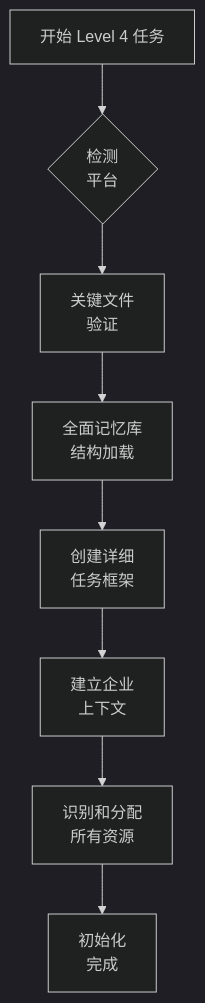
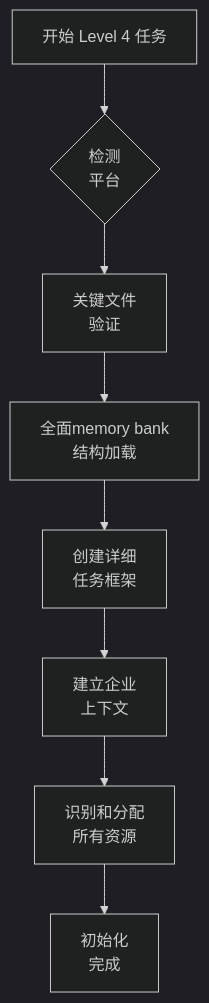
Before and after one commit to autel-lizhuohang/cursor-memory-bank-cn: the third of 10 diagrams in .cursor/rules/isolation_rules/Level4/workflow-level4.mdc, drawn with Mermaid (dark theme). The commit also changed other lines of this file and 33 other files, not shown here.

````diff
--- a/.cursor/rules/isolation_rules/Level4/workflow-level4.mdc
+++ b/.cursor/rules/isolation_rules/Level4/workflow-level4.mdc
@@ -54,10 +54,10 @@
 ```mermaid
 graph TD
     Start["开始 Level 4 任务"] --> Platform{"检测<br>平台"}
     Platform --> FileCheck["关键文件<br>验证"]
-    FileCheck --> LoadStructure["全面记忆库<br>结构加载"]
+    FileCheck --> LoadStructure["全面memory bank<br>结构加载"]
     LoadStructure --> TaskCreation["创建详细<br>任务框架"]
     TaskCreation --> Context["建立企业<br>上下文"]
     Context --> Resources["识别和分配<br>所有资源"]
     Resources --> SetupComplete["初始化<br>完成"]
 ```
````
